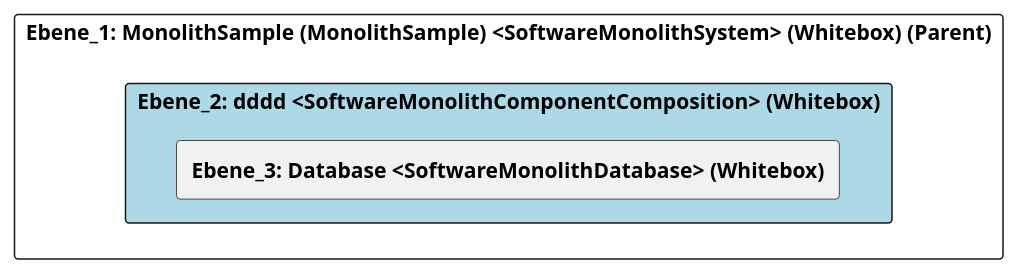
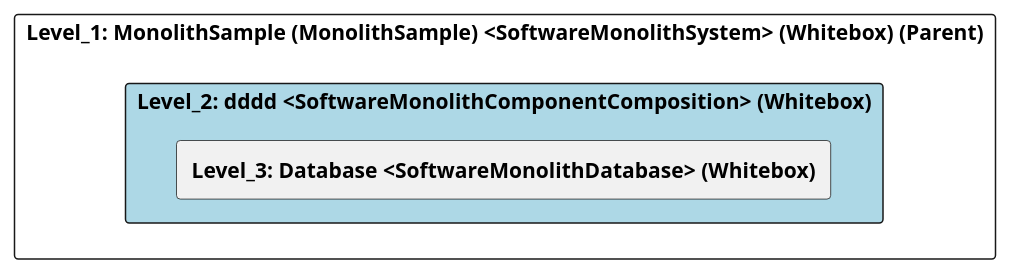
Before and after one commit to marcozwyssig/cleon: the diagram in src/cleon.architecturemethods.arc42.sample/doc/cleon_architecturemethods_arc42_sample_software_monolith/adoc/en/05_building_block_view/monolithsample/dddd/level_2_dddd.adoc, drawn with PlantUML. The commit also changed other lines of this file and 83 other files, not shown here.

```diff
--- a/src/cleon.architecturemethods.arc42.sample/doc/cleon_architecturemethods_arc42_sample_software_monolith/adoc/en/05_building_block_view/monolithsample/dddd/level_2_dddd.adoc
+++ b/src/cleon.architecturemethods.arc42.sample/doc/cleon_architecturemethods_arc42_sample_software_monolith/adoc/en/05_building_block_view/monolithsample/dddd/level_2_dddd.adoc
@@ -20,24 +20,24 @@
-[plantuml, Ebene_2: dddd <SoftwareMonolithComponentComposition> (Whitebox)BlockOverview, format="svg"]
+[plantuml, Level_2: dddd <SoftwareMonolithComponentComposition> (Whitebox)BlockOverview, format="svg"]
 ----
-@startuml Ebene_2: dddd <SoftwareMonolithComponentComposition> (Whitebox)BuildingBlockOverview
+@startuml Level_2: dddd <SoftwareMonolithComponentComposition> (Whitebox)BuildingBlockOverview
 
 skinparam ranksep 10
 skinparam componentStyle rectangle
 skinparam shadowing false
 skinparam arrowColor lightblue
 skinparam arrowThickness 1.2
 skinparam rectangle {
   BackgroundColor White
   BorderColor #333
   RoundCorner 10
 }
 top to bottom direction
 
-component "Ebene_1: MonolithSample (MonolithSample) <SoftwareMonolithSystem> (Whitebox) (Parent)" {
-    component "Ebene_2: dddd <SoftwareMonolithComponentComposition> (Whitebox)" #lightblue {
-        [**Ebene_3: Database <SoftwareMonolithDatabase> (Whitebox)**] as 958E2EF1_CB0A_11F0_AD08_33C52ACB975F
+component "Level_1: MonolithSample (MonolithSample) <SoftwareMonolithSystem> (Whitebox) (Parent)" {
+    component "Level_2: dddd <SoftwareMonolithComponentComposition> (Whitebox)" #lightblue {
+        [**Level_3: Database <SoftwareMonolithDatabase> (Whitebox)**] as 958E2EF1_CB0A_11F0_AD08_33C52ACB975F
     }
 }
 
 @enduml
 ----
```
